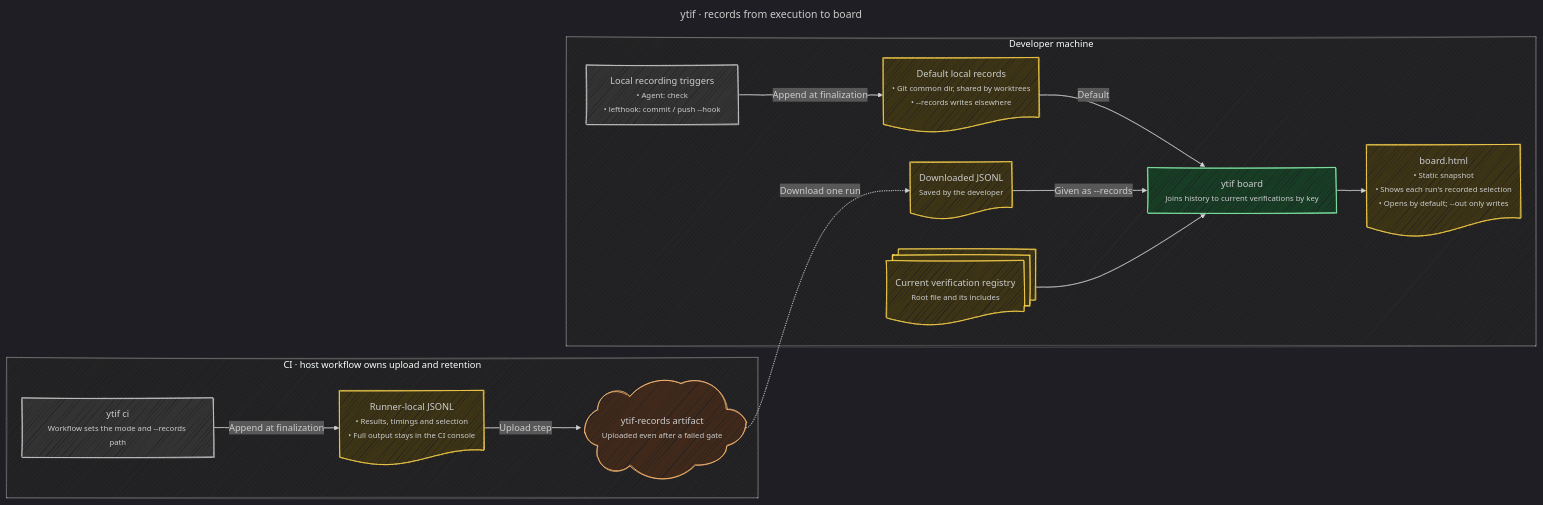
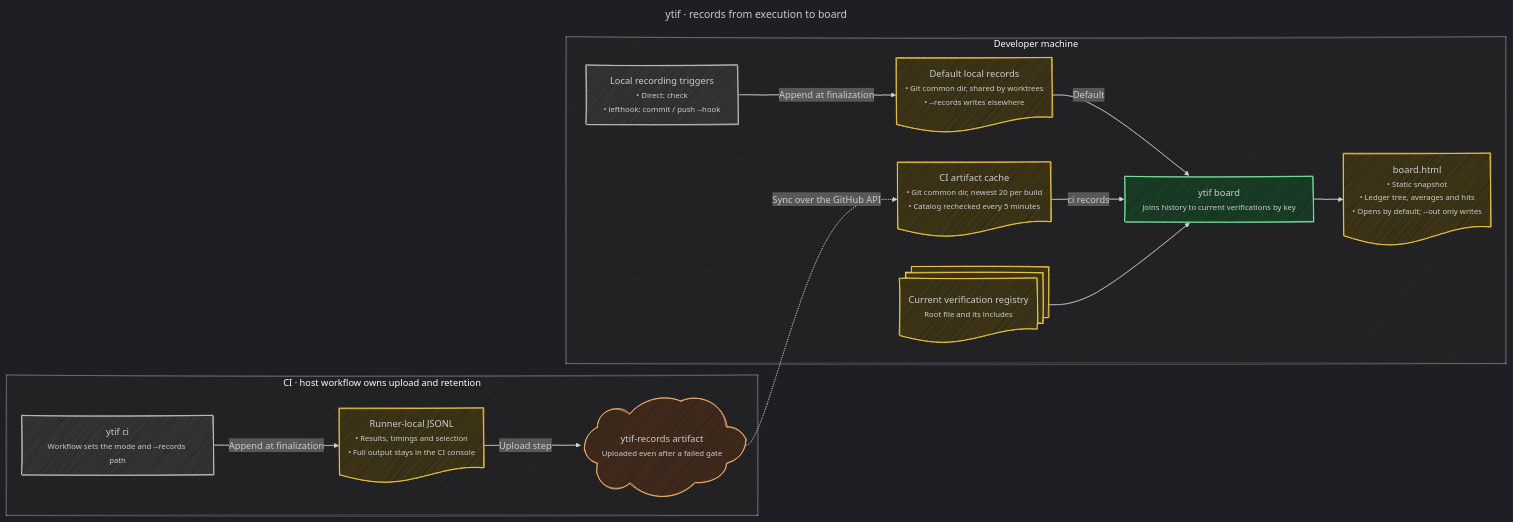
The diagram in blueprint/records.mermaid (undervoke/ytif), drawn with Mermaid before and after one commit. The commit also changed 15 other files, not shown here.

```diff
--- a/blueprint/records.mermaid
+++ b/blueprint/records.mermaid
@@ -1,48 +1,62 @@
 ---
 title: ytif · records from execution to board
 config:
   look: handDrawn
   handDrawnSeed: 5
   theme: dark
   themeVariables:
     mainBkg: "#333333"
     clusterBkg: "#242424"
   themeCSS: |
     small { display: inline-block; text-align: left; }
   flowchart:
     wrappingWidth: 270
 ---
-%% Behavior authority: internal/gate/gate.go (recordLines, writeRecords), internal/record/record.go, internal/cli/cli.go (runGate, runBoard), internal/board/board.go (Render), .github/workflows/ci.yml and README.md (Records and board).
+%% Behavior authority: internal/gate/gate.go (recordLines, writeRecords), internal/record/record.go, internal/cirecords/cirecords.go, internal/cli/cli.go (runGate, runBoard), internal/board/board.go (Render), .github/workflows/ci.yml and README.md (Records and board).
 %% CI upload is configured by the host workflow; ytif itself writes a local file. Artifact retention is also host-owned.
 %% Recording-enabled runs append at gate finalization, including ordinary failures. An early exit or forced termination may leave no records; interrupted work has no completed result.
-%% The board reads the --records paths when given, and the default local file otherwise.
+%% The board reads the local records and, on GitHub, syncs the repository's artifacts into a cache beside them; --records chooses other local files.
 flowchart LR
   subgraph Host["CI · host workflow owns upload and retention"]
     CIGate["ytif ci<br/><small>Workflow sets the mode and --records path</small>"]
     CIRec@{ shape: doc, label: "Runner-local JSONL<br/><small>• Results, timings and selection<br/>• Full output stays in the CI console</small>" }
+    %% dinyd: internal/gate/gate.go#recordLines s1:40e67d8155cf6d7e
     Artifact@{ shape: cloud, label: "ytif-records artifact<br/><small>Uploaded even after a failed gate</small>" }
+    %% dinyd: internal/record/record.go#ArtifactName s1:7cb35f171e9231c3
+    %% dinyd: internal/record/record.go#ArtifactFile s1:89465f0422dd423c
     CIGate -->|Append at finalization| CIRec
+    %% dinyd: internal/gate/gate.go#Run s1:bc59694ce3896912
     CIRec -->|Upload step| Artifact
+    %% dinyd: .github/workflows/ci.yml#/jobs/ytif/steps/6 s1:e0faf688a33499c5
   end
 
   subgraph Dev["Developer machine"]
-    LocalGate["Local recording triggers<br/><small>• Agent: check<br/>• lefthook: commit / push --hook</small>"]
+    LocalGate["Local recording triggers<br/><small>• Direct: check<br/>• lefthook: commit / push --hook</small>"]
+    %% dinyd: internal/cli/cli.go#runGate s1:2b68e51020262f2b
     Default@{ shape: doc, label: "Default local records<br/><small>• Git common dir, shared by worktrees<br/>• --records writes elsewhere</small>" }
-    Download@{ shape: doc, label: "Downloaded JSONL<br/><small>Saved by the developer</small>" }
+    %% dinyd: internal/gate/gate.go#writeRecords s1:68e60c8f0f354f38
+    %% dinyd: internal/record/record.go#DefaultPath s1:4fb1cc34a5d7f2c9
+    Cache@{ shape: doc, label: "CI artifact cache<br/><small>• Git common dir, newest 20 per build<br/>• Catalog rechecked every 5 minutes</small>" }
+    %% dinyd: internal/cirecords/cirecords.go#CacheDir s1:574c952dc4063ca7
+    %% dinyd: internal/cirecords/cirecords.go#syncer.sync s1:fe0d239ce86a3403
+    %% dinyd: internal/cirecords/cirecords.go#catalogTTL s1:ac8ca11e8073982d
+    %% dinyd: internal/cirecords/cirecords.go#maxDownloads s1:e27819ca56ccc4ba
     Registry@{ shape: docs, label: "Current verification registry<br/><small>Root file and its includes</small>" }
     Board["ytif board<br/><small>Joins history to current verifications by key</small>"]
-    HTML@{ shape: doc, label: "board.html<br/><small>• Static snapshot<br/>• Shows each run's recorded selection<br/>• Opens by default; --out only writes</small>" }
+    %% dinyd: internal/cli/cli.go#runBoard s1:fba96009e37de463
+    HTML@{ shape: doc, label: "board.html<br/><small>• Static snapshot<br/>• Ledger tree, averages and hits<br/>• Opens by default; --out only writes</small>" }
+    %% dinyd: internal/board/board.go#Render s1:c7be22f94b532a23
     LocalGate -->|Append at finalization| Default
     Default -->|Default| Board
-    Download -->|Given as --records| Board
+    Cache -->|ci records| Board
     Registry --> Board --> HTML
   end
 
-  Artifact -.->|Download one run| Download
+  Artifact -.->|Sync over the GitHub API| Cache
 
   classDef em fill:#173d25,stroke:#86efac
   classDef file fill:#3d3415,stroke:#fcd34d
   classDef ext fill:#40291a,stroke:#fdba74
   class Board em
-  class CIRec,Default,Download,Registry,HTML file
+  class CIRec,Default,Cache,Registry,HTML file
   class Artifact ext
```
